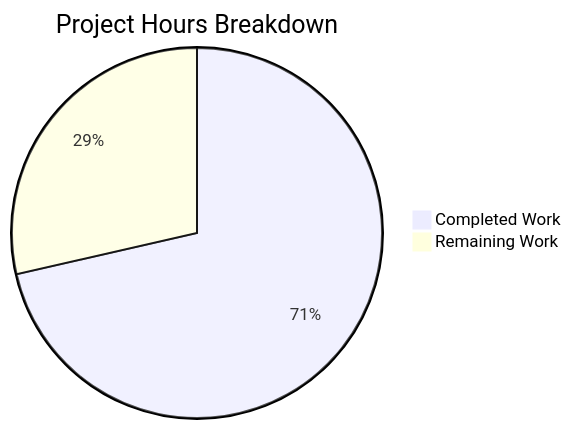
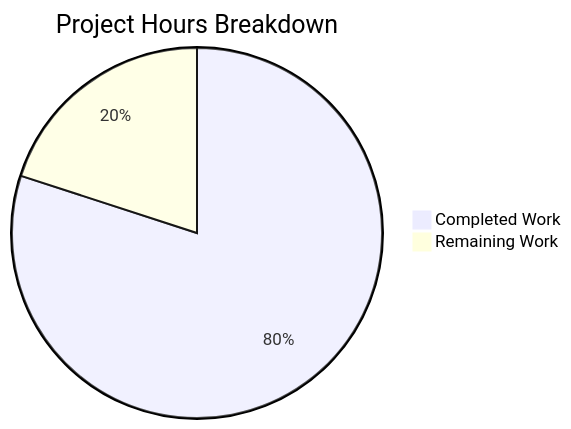
One commit to TestadoBlitzy/Existing-product changed the second of 2 diagrams in blitzy/documentation/Project Guide.md. Above: the diagram before and after it, drawn with Mermaid. The commit also changed other lines of this file, not shown here.

Commit message:
Adding Blitzy Project Guide: Project Status and Human Tasks Remaining

````diff
--- a/blitzy/documentation/Project Guide.md
+++ b/blitzy/documentation/Project Guide.md
@@ -169,5 +160,5 @@
 ```mermaid
 pie title Project Hours Breakdown
-    "Completed Work" : 5
-    "Remaining Work" : 2
+    "Completed Work" : 6.0
+    "Remaining Work" : 1.5
 ```
````
